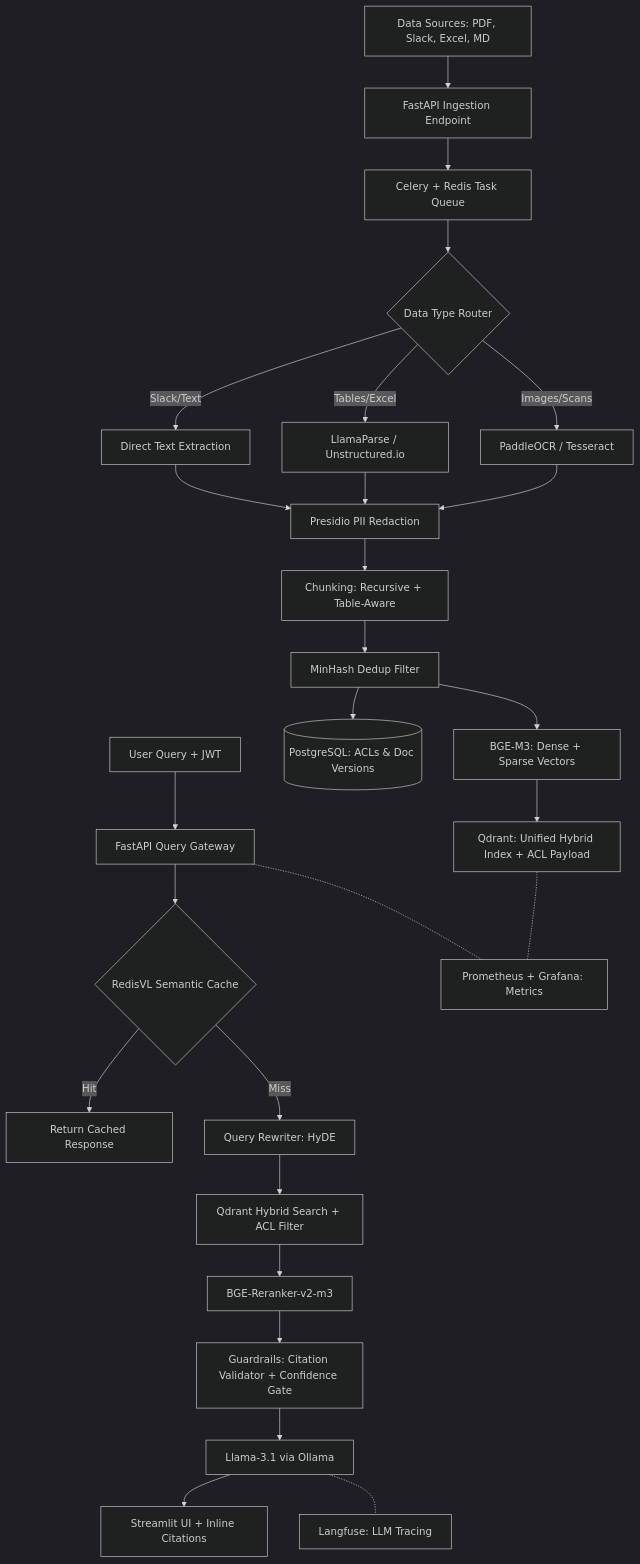
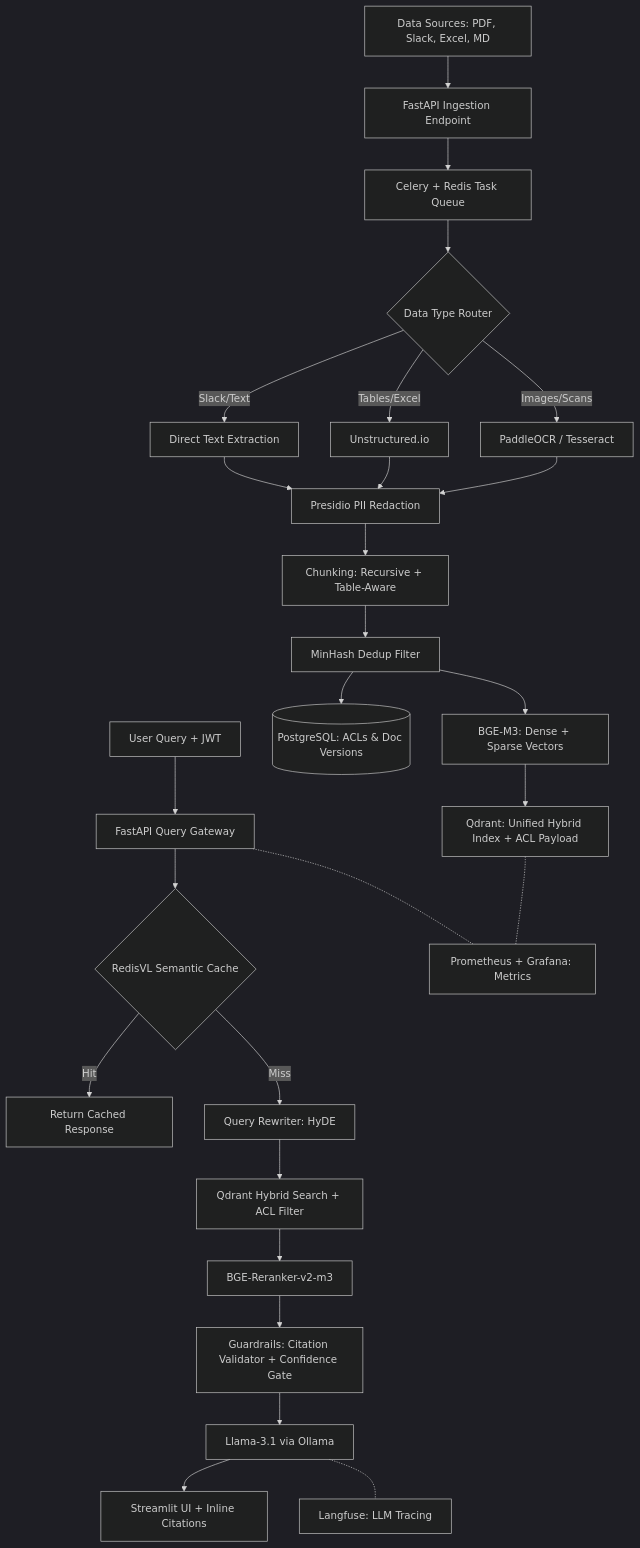
One commit to ManoharKonala/AskTheCompnay changed the diagram in README.md. Above: the diagram before and after it, drawn with Mermaid (dark theme). The commit also changed other lines of this file and 7 other files, not shown here.

````diff
--- a/README.md
+++ b/README.md
@@ -30,31 +31,31 @@
 ```mermaid
 graph TD
     A[Data Sources: PDF, Slack, Excel, MD] --> B[FastAPI Ingestion Endpoint]
     B --> C[Celery + Redis Task Queue]
     
     C --> D{Data Type Router}
     D -->|Images/Scans| E[PaddleOCR / Tesseract]
-    D -->|Tables/Excel| F[LlamaParse / Unstructured.io]
+    D -->|Tables/Excel| F[Unstructured.io]
     D -->|Slack/Text| G[Direct Text Extraction]
     
     E & F & G --> H[Presidio PII Redaction]
     H --> I[Chunking: Recursive + Table-Aware]
     I --> J[MinHash Dedup Filter]
     
     J --> K[BGE-M3: Dense + Sparse Vectors]
     K --> L[Qdrant: Unified Hybrid Index + ACL Payload]
     J --> M[(PostgreSQL: ACLs & Doc Versions)]
     
     N[User Query + JWT] --> O[FastAPI Query Gateway]
     O --> P{RedisVL Semantic Cache}
     P -->|Hit| Q[Return Cached Response]
     P -->|Miss| R[Query Rewriter: HyDE]
     R --> S[Qdrant Hybrid Search + ACL Filter]
     S --> T[BGE-Reranker-v2-m3]
     T --> U[Guardrails: Citation Validator + Confidence Gate]
     U --> V[Llama-3.1 via Ollama]
     V --> W[Streamlit UI + Inline Citations]
     
     V -.- X[Langfuse: LLM Tracing]
     L & O -.- Y[Prometheus + Grafana: Metrics]
 ```
````
